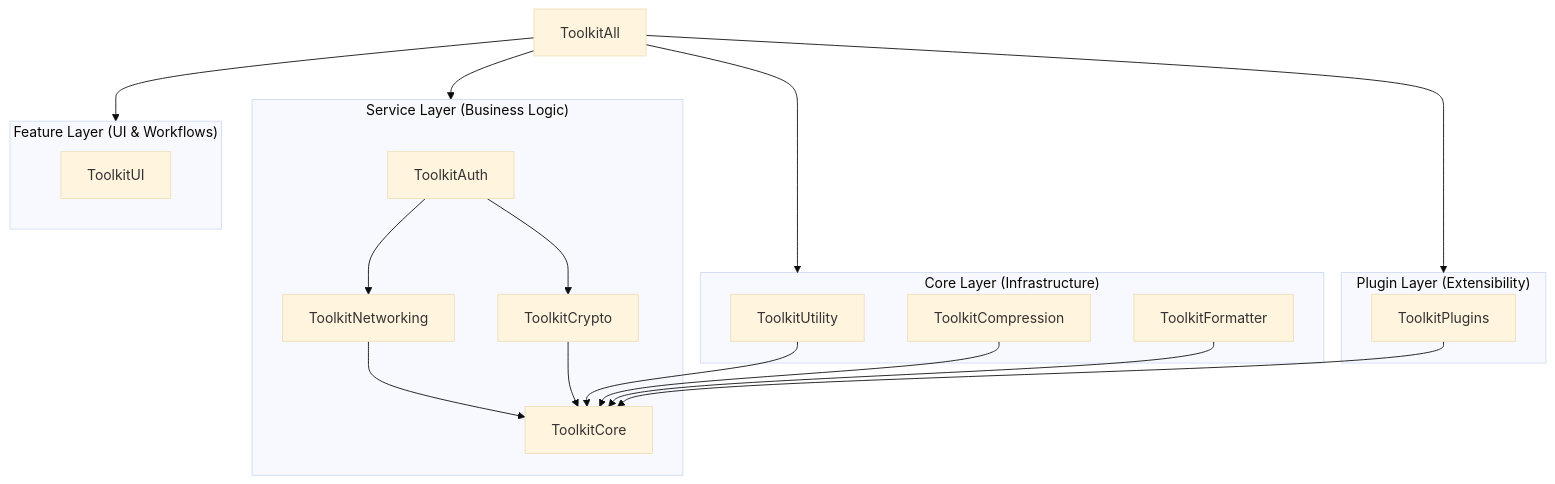
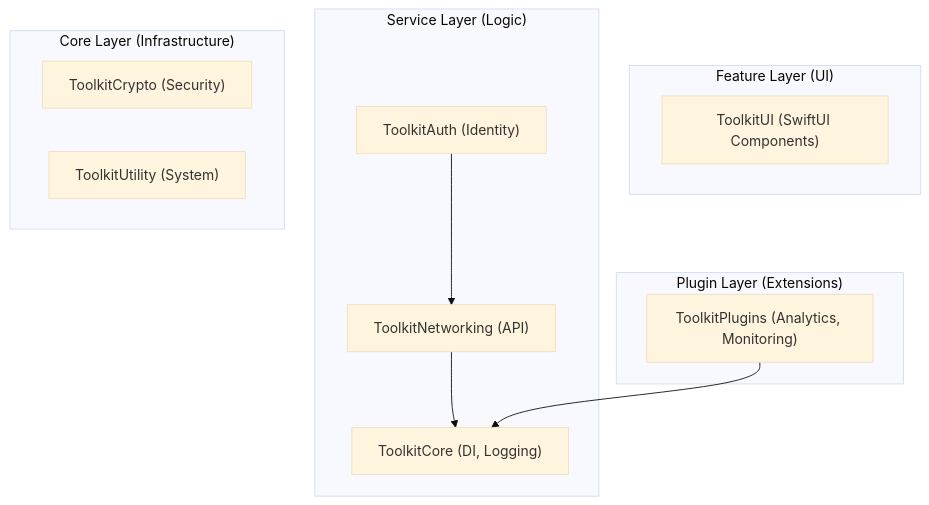
The diagram in README.md (anupamthackar/ApplePlatformToolkit), drawn with Mermaid (base theme) before and after one commit. The commit also changed other lines of this file and 1 other file, not shown here.

Commit message:
docs: optimize README for all levels and add MIT license

````diff
--- a/README.md
+++ b/README.md
@@ -15,28 +68,21 @@
 ```mermaid
 graph TD
-    subgraph FeatureLayer ["Feature Layer (UI & Workflows)"]
-        ToolkitUI
+    subgraph FeatureLayer ["Feature Layer (UI)"]
+        ToolkitUI["ToolkitUI (SwiftUI Components)"]
     end
 
-    subgraph ServiceLayer ["Service Layer (Business Logic)"]
-        ToolkitAuth --> ToolkitNetworking
-        ToolkitAuth --> ToolkitCrypto
-        ToolkitNetworking --> ToolkitCore
+    subgraph ServiceLayer ["Service Layer (Logic)"]
+        ToolkitAuth["ToolkitAuth (Identity)"] --> ToolkitNetworking
+        ToolkitNetworking["ToolkitNetworking (API)"] --> ToolkitCore
     end
 
     subgraph CoreLayer ["Core Layer (Infrastructure)"]
-        ToolkitUtility --> ToolkitCore
-        ToolkitCrypto --> ToolkitCore
-        ToolkitCompression --> ToolkitCore
-        ToolkitFormatter --> ToolkitCore
+        ToolkitCore["ToolkitCore (DI, Logging)"]
+        ToolkitCrypto["ToolkitCrypto (Security)"]
+        ToolkitUtility["ToolkitUtility (System)"]
     end
 
-    subgraph PluginLayer ["Plugin Layer (Extensibility)"]
-        ToolkitPlugins --> ToolkitCore
+    subgraph PluginLayer ["Plugin Layer (Extensions)"]
+        ToolkitPlugins["ToolkitPlugins (Analytics, Monitoring)"] --> ToolkitCore
     end
-
-    ToolkitAll --> FeatureLayer
-    ToolkitAll --> ServiceLayer
-    ToolkitAll --> CoreLayer
-    ToolkitAll --> PluginLayer
 ```
````
